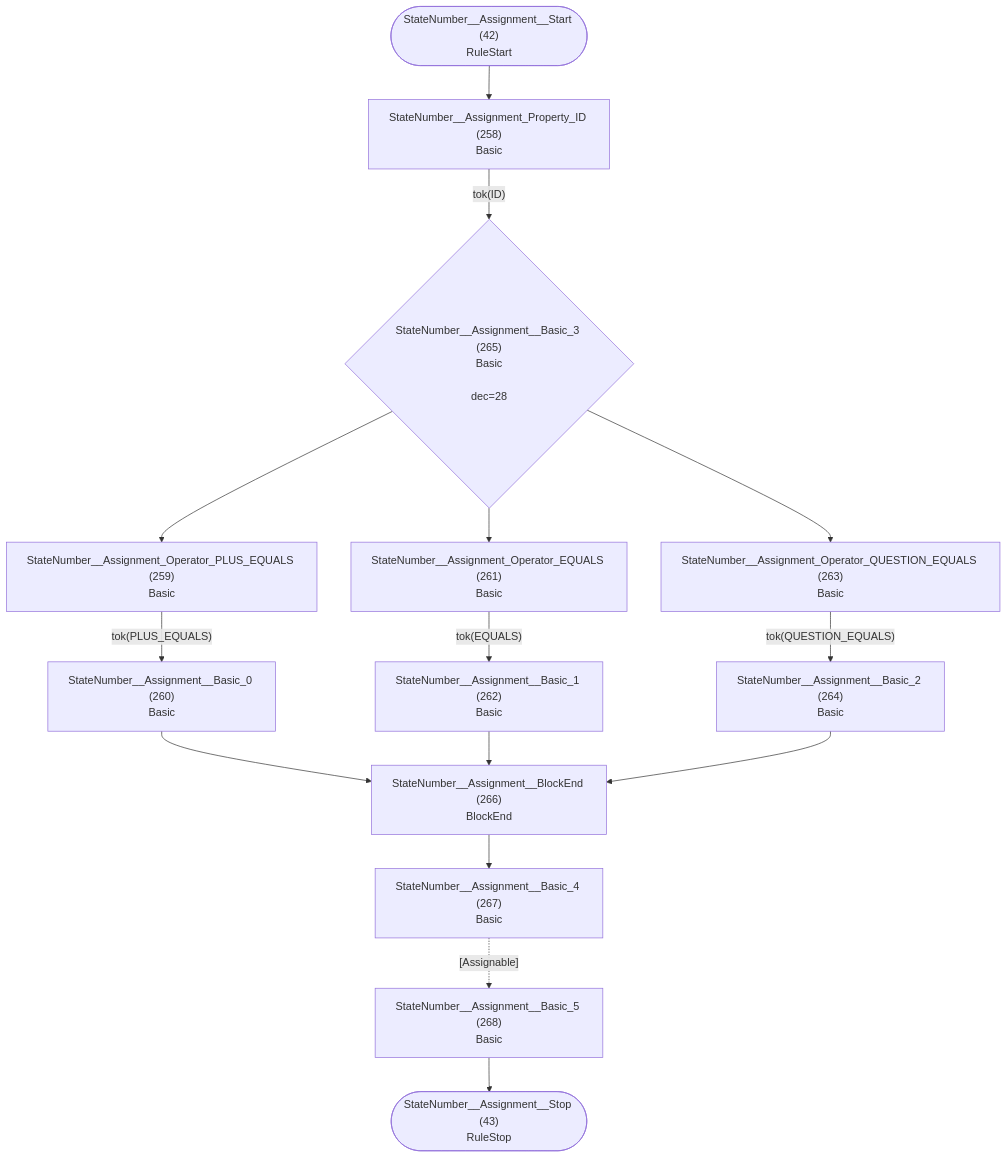
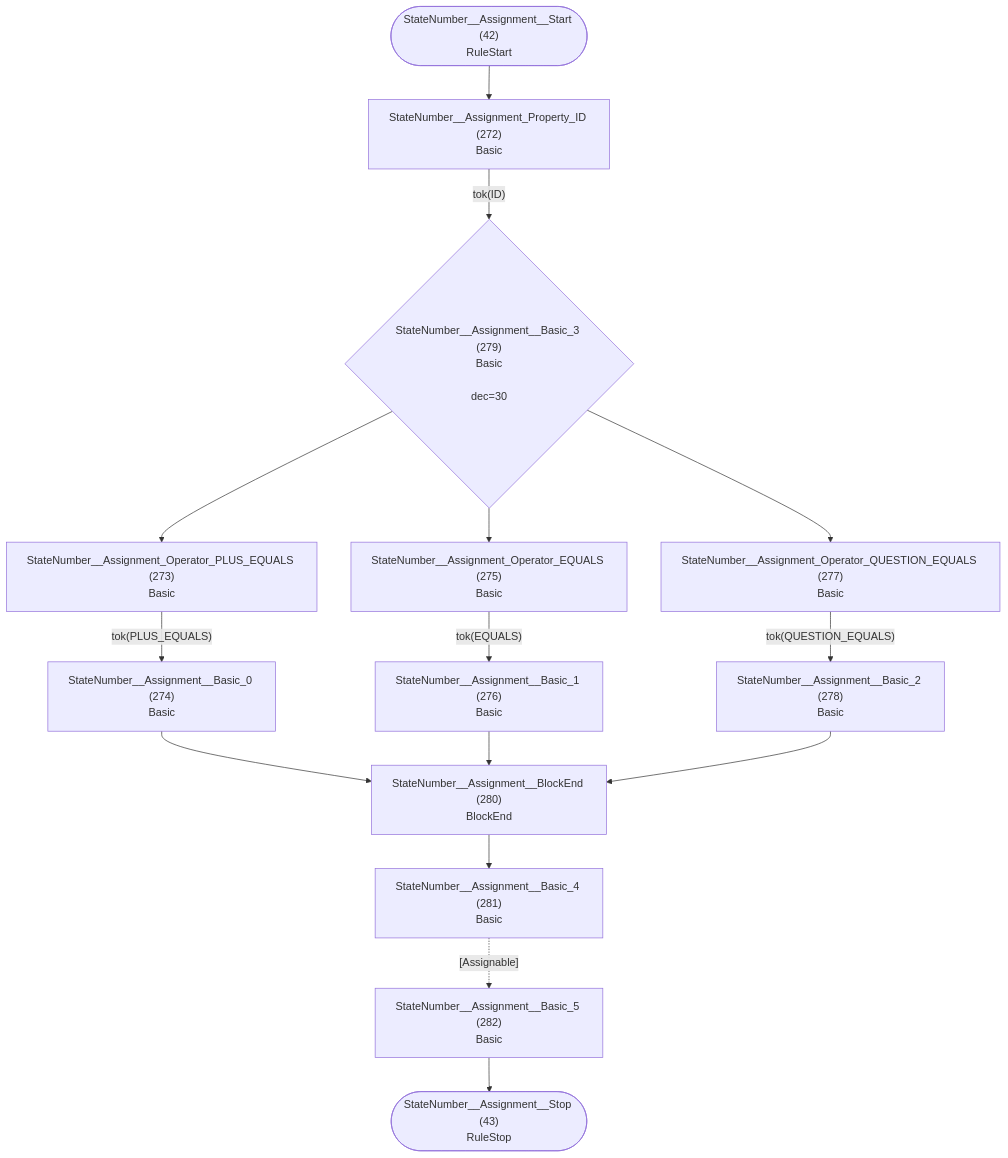
Diagram 22 of 32 in internal/grammar/atn.md (TypeFox/fastbelt), drawn with Mermaid before and after one commit. The commit also changed other lines of this file and 21 other files, not shown here.

````diff
--- a/internal/grammar/atn.md
+++ b/internal/grammar/atn.md
@@ -643,31 +675,31 @@
 ```mermaid
 flowchart TD
     q42(["StateNumber__Assignment__Start (42)<br/>RuleStart"])
     q43(["StateNumber__Assignment__Stop (43)<br/>RuleStop"])
-    q258["StateNumber__Assignment_Property_ID (258)<br/>Basic<br/>"]
-    q259["StateNumber__Assignment_Operator_PLUS_EQUALS (259)<br/>Basic<br/>"]
-    q260["StateNumber__Assignment__Basic_0 (260)<br/>Basic<br/>"]
-    q261["StateNumber__Assignment_Operator_EQUALS (261)<br/>Basic<br/>"]
-    q262["StateNumber__Assignment__Basic_1 (262)<br/>Basic<br/>"]
-    q263["StateNumber__Assignment_Operator_QUESTION_EQUALS (263)<br/>Basic<br/>"]
-    q264["StateNumber__Assignment__Basic_2 (264)<br/>Basic<br/>"]
-    q265{"StateNumber__Assignment__Basic_3 (265)<br/>Basic<br/><br/>dec=28"}
-    q266["StateNumber__Assignment__BlockEnd (266)<br/>BlockEnd<br/>"]
-    q267["StateNumber__Assignment__Basic_4 (267)<br/>Basic<br/>"]
-    q268["StateNumber__Assignment__Basic_5 (268)<br/>Basic<br/>"]
+    q272["StateNumber__Assignment_Property_ID (272)<br/>Basic<br/>"]
+    q273["StateNumber__Assignment_Operator_PLUS_EQUALS (273)<br/>Basic<br/>"]
+    q274["StateNumber__Assignment__Basic_0 (274)<br/>Basic<br/>"]
+    q275["StateNumber__Assignment_Operator_EQUALS (275)<br/>Basic<br/>"]
+    q276["StateNumber__Assignment__Basic_1 (276)<br/>Basic<br/>"]
+    q277["StateNumber__Assignment_Operator_QUESTION_EQUALS (277)<br/>Basic<br/>"]
+    q278["StateNumber__Assignment__Basic_2 (278)<br/>Basic<br/>"]
+    q279{"StateNumber__Assignment__Basic_3 (279)<br/>Basic<br/><br/>dec=30"}
+    q280["StateNumber__Assignment__BlockEnd (280)<br/>BlockEnd<br/>"]
+    q281["StateNumber__Assignment__Basic_4 (281)<br/>Basic<br/>"]
+    q282["StateNumber__Assignment__Basic_5 (282)<br/>Basic<br/>"]
 
-    q42 --> q258
-    q258 -->|"tok(ID)"| q265
-    q259 -->|"tok(PLUS_EQUALS)"| q260
-    q260 --> q266
-    q261 -->|"tok(EQUALS)"| q262
-    q262 --> q266
-    q263 -->|"tok(QUESTION_EQUALS)"| q264
-    q264 --> q266
-    q265 --> q259
-    q265 --> q261
-    q265 --> q263
-    q266 --> q267
-    q267 -.->|"[Assignable]"| q268
-    q268 --> q43
+    q42 --> q272
+    q272 -->|"tok(ID)"| q279
+    q273 -->|"tok(PLUS_EQUALS)"| q274
+    q274 --> q280
+    q275 -->|"tok(EQUALS)"| q276
+    q276 --> q280
+    q277 -->|"tok(QUESTION_EQUALS)"| q278
+    q278 --> q280
+    q279 --> q273
+    q279 --> q275
+    q279 --> q277
+    q280 --> q281
+    q281 -.->|"[Assignable]"| q282
+    q282 --> q43
 ```
````
